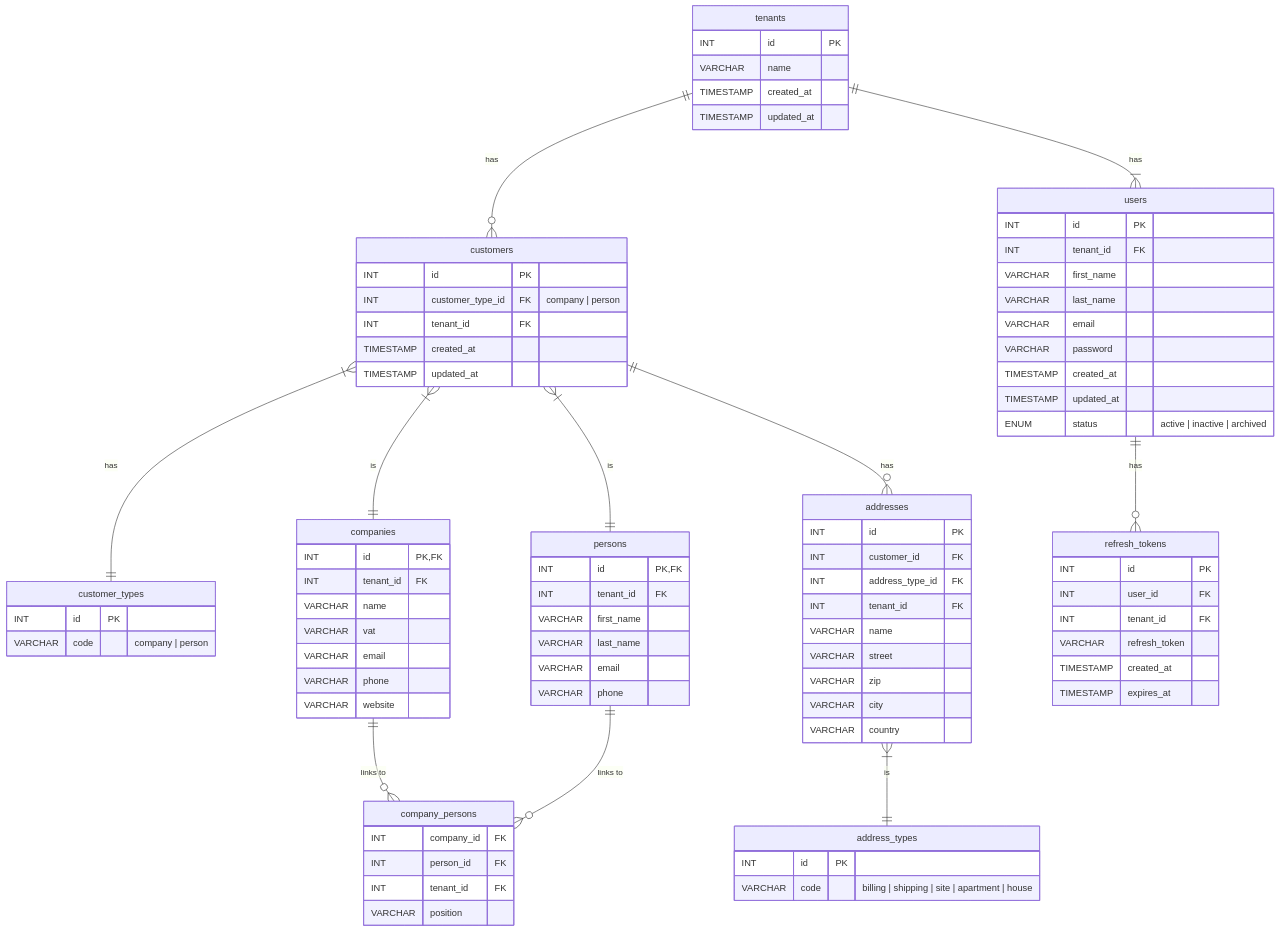
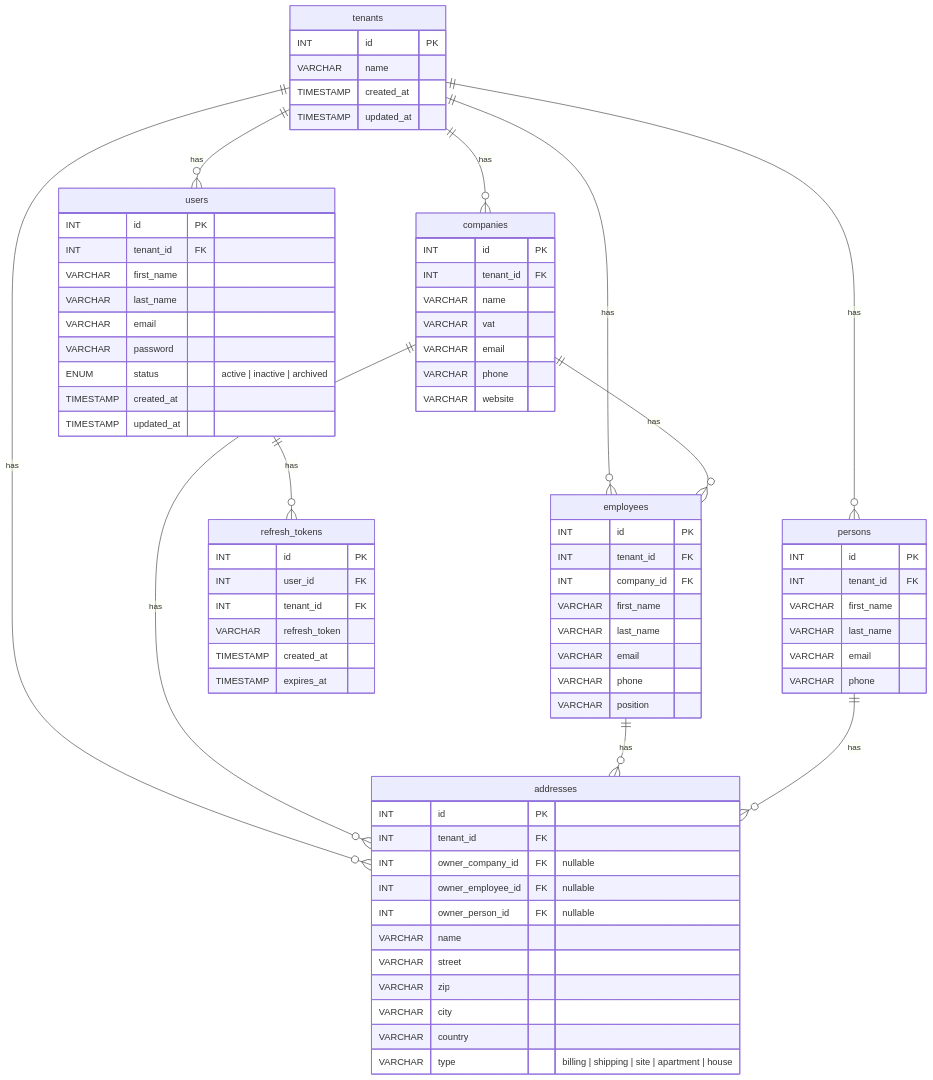
Before and after one commit to markokosic/minicrm-backend-spring-boot: the diagram in src/docs/erd.mermaid, drawn with Mermaid. The commit also changed 14 other files, not shown here.

```diff
--- a/src/docs/erd.mermaid
+++ b/src/docs/erd.mermaid
@@ -1,105 +1,89 @@
 erDiagram
-
 %% -------------- Tables --------------
 
-customer_types {
-  INT id PK
-  VARCHAR code "company | person" 
-}
+  tenants {
+    INT id PK
+    VARCHAR name
+    TIMESTAMP created_at
+    TIMESTAMP updated_at
+  }
 
-customers {
-  INT id PK
-  INT customer_type_id FK "company | person"
-  INT tenant_id FK
-  TIMESTAMP created_at
-  TIMESTAMP updated_at
-}
+  users {
+    INT id PK
+    INT tenant_id FK
+    VARCHAR first_name
+    VARCHAR last_name
+    VARCHAR email
+    VARCHAR password
+    ENUM status "active | inactive | archived"
+    TIMESTAMP created_at
+    TIMESTAMP updated_at
+  }
 
-companies {
-  INT id PK, FK
-  INT tenant_id FK
-  VARCHAR name
-  VARCHAR vat
-  VARCHAR email
-  VARCHAR phone
-  VARCHAR website
-}
+  companies {
+    INT id PK
+    INT tenant_id FK
+    VARCHAR name
+    VARCHAR vat
+    VARCHAR email
+    VARCHAR phone
+    VARCHAR website
+  }
 
-persons {
-  INT id PK, FK
-  INT tenant_id FK
-  VARCHAR first_name
-  VARCHAR last_name
-  VARCHAR email
-  VARCHAR phone
-}
+  employees {
+    INT id PK
+    INT tenant_id FK
+    INT company_id FK
+    VARCHAR first_name
+    VARCHAR last_name
+    VARCHAR email
+    VARCHAR phone
+    VARCHAR position
+  }
 
-company_persons {
-  INT company_id FK
-  INT person_id FK
-  INT tenant_id FK
-  VARCHAR position
-}
+  persons {
+    INT id PK
+    INT tenant_id FK
+    VARCHAR first_name
+    VARCHAR last_name
+    VARCHAR email
+    VARCHAR phone
+  }
 
+  addresses {
+    INT id PK
+    INT tenant_id FK
+    INT owner_company_id FK "nullable"
+    INT owner_employee_id FK "nullable"
+    INT owner_person_id FK "nullable"
+    VARCHAR name
+    VARCHAR street
+    VARCHAR zip
+    VARCHAR city
+    VARCHAR country
+    VARCHAR type "billing | shipping | site | apartment | house"
+  }
 
-address_types {
-  INT id PK
-  VARCHAR code "billing | shipping | site | apartment | house" 
-}
-
-
-addresses {
-  INT id PK
-  INT customer_id FK
-  INT address_type_id FK
-  INT tenant_id FK
-  VARCHAR name
-  VARCHAR street
-  VARCHAR zip
-  VARCHAR city
-  VARCHAR country
-}
-
-tenants {
-  INT id PK
-  VARCHAR name
-  TIMESTAMP created_at
-  TIMESTAMP updated_at
-}
-
-users {
-  INT id PK
-  INT tenant_id FK
-  VARCHAR first_name
-  VARCHAR last_name
-  VARCHAR email
-  VARCHAR password
-  TIMESTAMP created_at
-  TIMESTAMP updated_at
-  ENUM status "active | inactive | archived" 
-}
-
-refresh_tokens {
-  INT id PK
-  INT user_id FK
-  INT tenant_id FK
-  VARCHAR refresh_token
-  TIMESTAMP created_at
-  TIMESTAMP expires_at
-}
+  refresh_tokens {
+    INT id PK
+    INT user_id FK
+    INT tenant_id FK
+    VARCHAR refresh_token
+    TIMESTAMP created_at
+    TIMESTAMP expires_at
+  }
 
 %% -------------- Relationships --------------
 
-customers }|--|| customer_types : "has"
-customers }|--|| companies : "is"
-customers }|--|| persons : "is"
-customers ||--o{ addresses : "has"
-addresses }|--|| address_types : "is"
+  tenants ||--o{ users : "has"
+  tenants ||--o{ companies : "has"
+  tenants ||--o{ persons : "has"
+  tenants ||--o{ employees : "has"
+  tenants ||--o{ addresses : "has"
 
-companies ||--o{ company_persons : "links to"
-persons   ||--o{ company_persons : "links to"
+  companies ||--o{ employees : "has"
+  companies ||--o{ addresses : "has"
+  employees ||--o{ addresses : "has"
+  persons ||--o{ addresses : "has"
 
-
-tenants ||--o{ customers : "has"
-tenants ||--|{ users : "has"
-users ||--o{ refresh_tokens : "has"
+  users ||--o{ refresh_tokens : "has"
```
